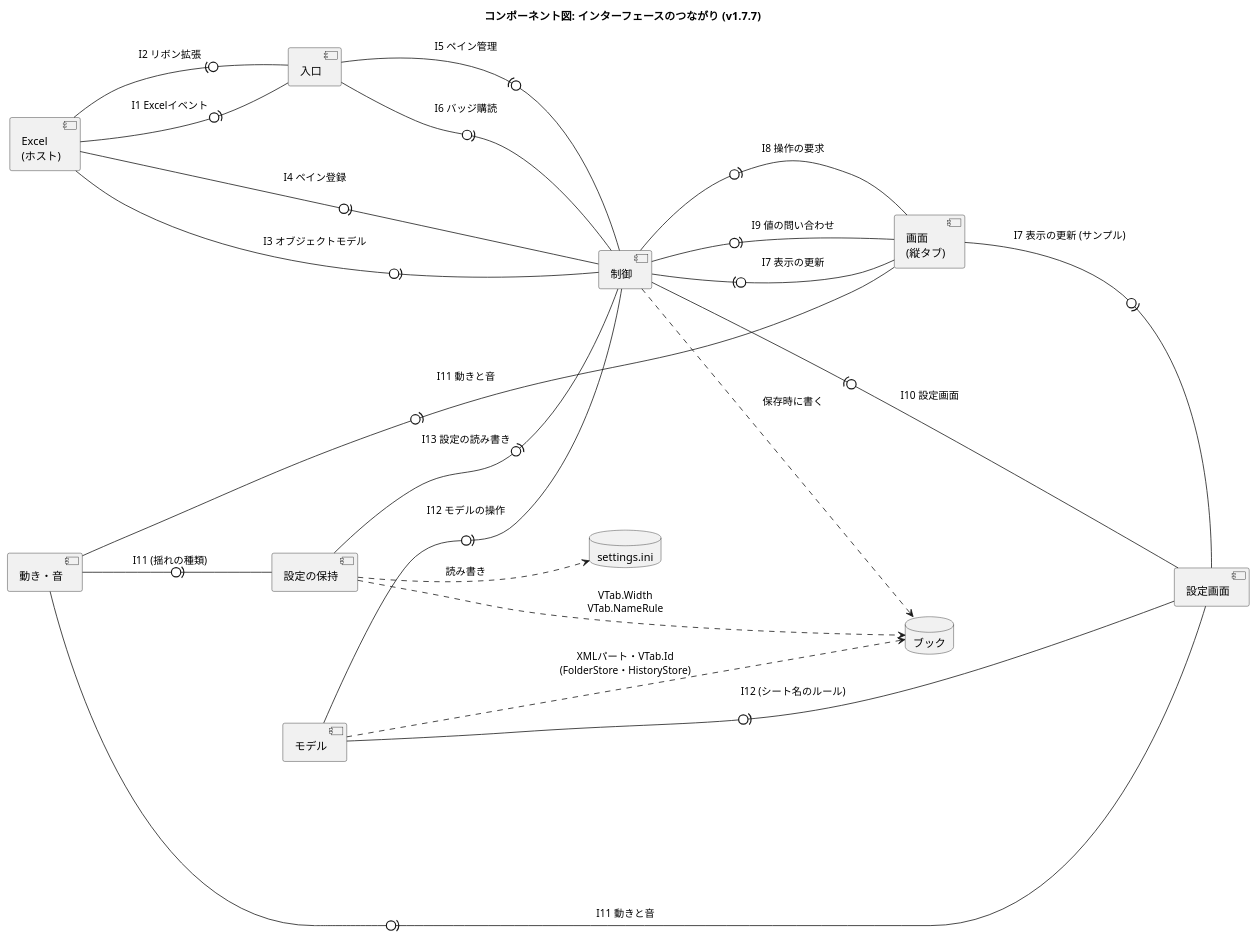
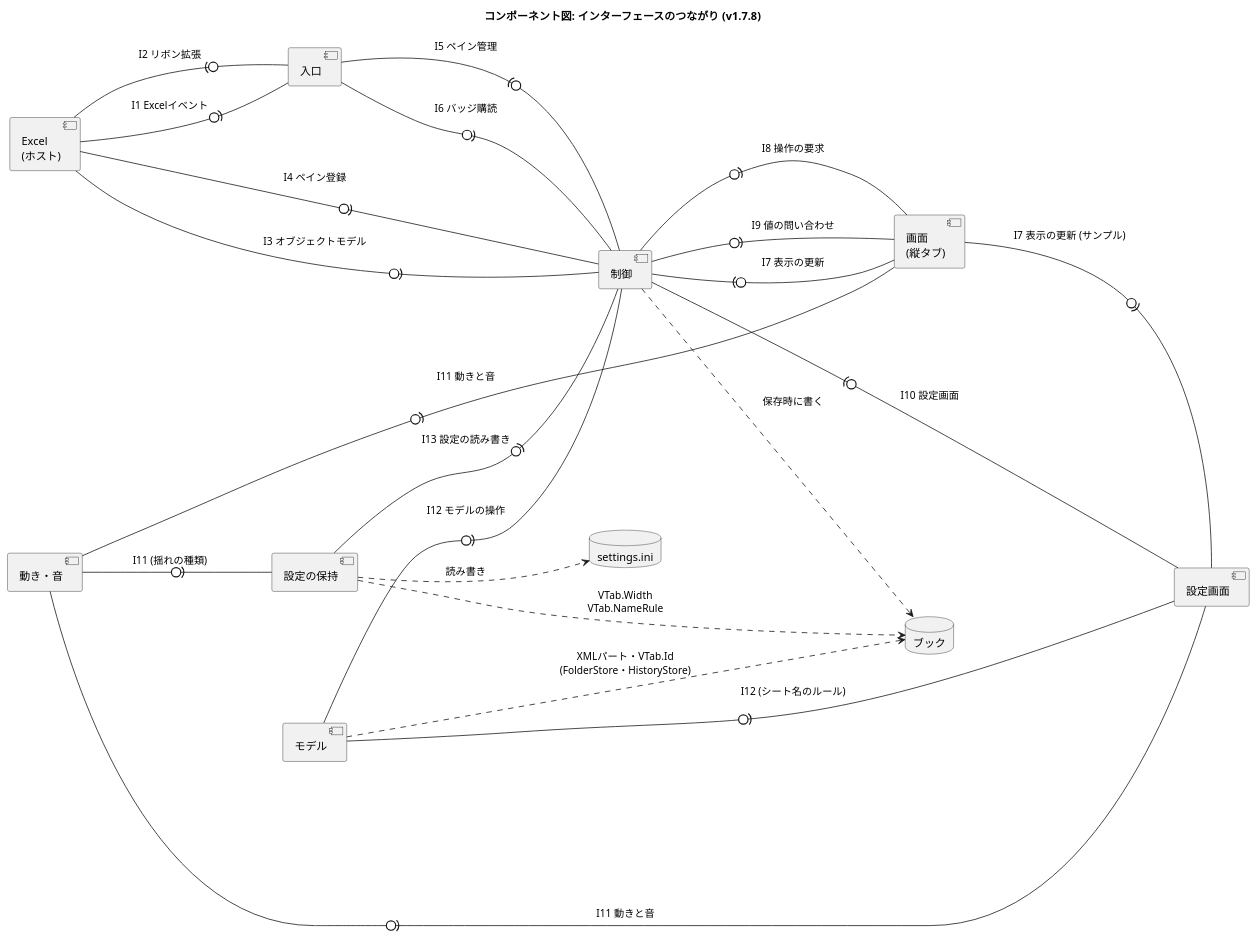
One commit to nk-taka623/VerticalSheetTabs changed the diagram in docs/component-interface.puml. Above: the diagram before and after it, drawn with PlantUML. The commit also changed 15 other files, not shown here.

Commit message:
v1.7.8: バージョンを上げる (README の変更点、設定画面の画像、図)

```diff
--- a/docs/component-interface.puml
+++ b/docs/component-interface.puml
@@ -1,43 +1,43 @@
 @startuml
-title コンポーネント図: インターフェースのつながり (v1.7.7)
+title コンポーネント図: インターフェースのつながり (v1.7.8)
 left to right direction
 skinparam componentStyle uml2
 skinparam shadowing false
 skinparam nodesep 50
 skinparam ranksep 110
 
 component "Excel\n(ホスト)" as HOST
 component "入口" as ENTRY
 component "制御" as CTRL
 component "画面\n(縦タブ)" as VIEW
 component "設定画面" as SETTINGS
 component "動き・音" as FX
 component "モデル" as MODEL
 component "設定の保持" as CONFIG
 database "ブック" as BOOK
 database "settings.ini" as INI
 
 ' 「提供側 -0)- 利用側」: 丸が提供するインターフェース、受け口が利用 (I1 から I13 は、DEVELOPMENT.md の表)
 HOST -0)- ENTRY : I1 Excelイベント
 ENTRY -0)- HOST : I2 リボン拡張
 HOST -0)- CTRL : I3 オブジェクトモデル
 HOST -0)- CTRL : I4 ペイン登録
 CTRL -0)- ENTRY : I5 ペイン管理
 ENTRY -0)- CTRL : I6 バッジ購読
 VIEW -0)- CTRL : I7 表示の更新
 CTRL -0)- VIEW : I8 操作の要求
 CTRL -0)- VIEW : I9 値の問い合わせ
 SETTINGS -0)- CTRL : I10 設定画面
 VIEW -0)- SETTINGS : I7 表示の更新 (サンプル)
 FX -0)- VIEW : I11 動きと音
 FX -0)- SETTINGS : I11 動きと音
 FX -0)- CONFIG : I11 (揺れの種類)
 MODEL -0)- CTRL : I12 モデルの操作
 MODEL -0)- SETTINGS : I12 (シート名のルール)
 CONFIG -0)- CTRL : I13 設定の読み書き
 
 CTRL ..> BOOK : 保存時に書く
 MODEL ..> BOOK : XMLパート・VTab.Id\n(FolderStore・HistoryStore)
 CONFIG ..> BOOK : VTab.Width\nVTab.NameRule
 CONFIG ..> INI : 読み書き
 @enduml
```
